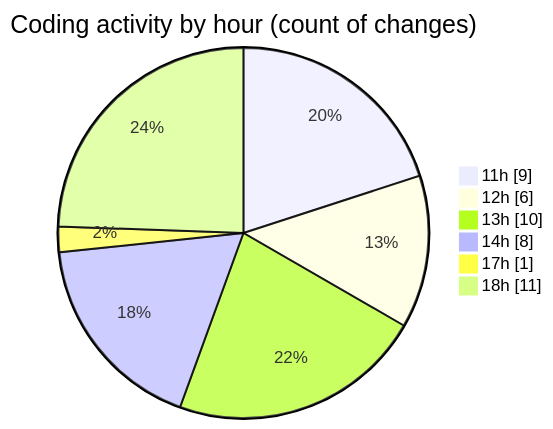
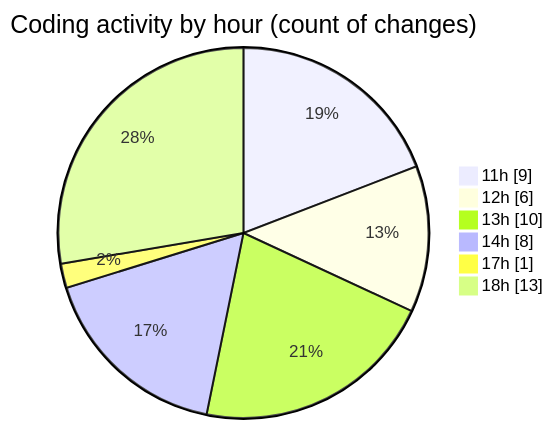
Before and after one commit to BS-eng2023/code-tracking: the second of 2 diagrams in 2025-05-08/recipe-app/README.md, drawn with Mermaid. The commit also changed other lines of this file and 1 other file, not shown here.

````diff
--- a/2025-05-08/recipe-app/README.md
+++ b/2025-05-08/recipe-app/README.md
@@ -35,10 +35,10 @@
 ```mermaid
 pie showData
 title Coding activity by hour (count of changes)
 "11h" : 9
 "12h" : 6
 "13h" : 10
 "14h" : 8
 "17h" : 1
-"18h" : 11
+"18h" : 13
 ```
````
